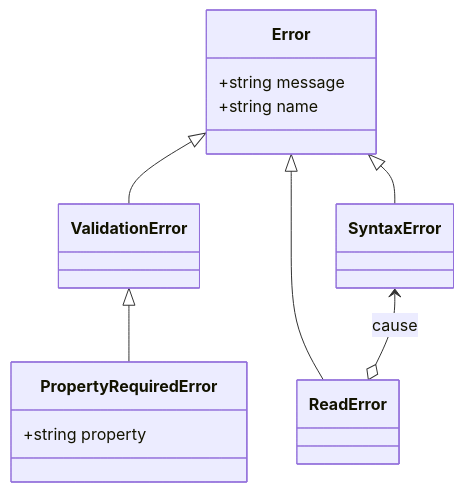
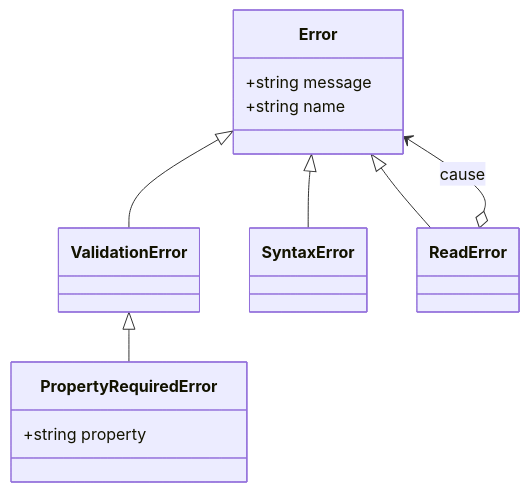
Before and after one commit to showa-yojyo/sunset: the diagram in draft/javascriptinfo/part01/10-error-handling.md, drawn with Mermaid. The commit also changed other lines of this file, not shown here.

````diff
--- a/draft/javascriptinfo/part01/10-error-handling.md
+++ b/draft/javascriptinfo/part01/10-error-handling.md
@@ -18,22 +195,22 @@
-  ```mermaid
-  classDiagram
-      direction TB
-  
-      Error <|-- ValidationError
-      Error <|-- SyntaxError
-      ValidationError <|-- PropertyRequiredError
-      Error <|-- ReadError
-      SyntaxError <--o ReadError : cause
-  
-      class Error{
-          +string message
-          +string name
-      }
-  
-      class PropertyRequiredError{
-          +string property
-      }
-  
-      class ReadError{
-      }
-  ```
+```mermaid
+classDiagram
+    direction TB
+
+    Error <|-- ValidationError
+    Error <|-- SyntaxError
+    ValidationError <|-- PropertyRequiredError
+    Error <|-- ReadError
+    Error <--o ReadError : cause
+
+    class Error{
+        +string message
+        +string name
+    }
+
+    class PropertyRequiredError{
+        +string property
+    }
+
+    class ReadError{
+    }
+```
````
